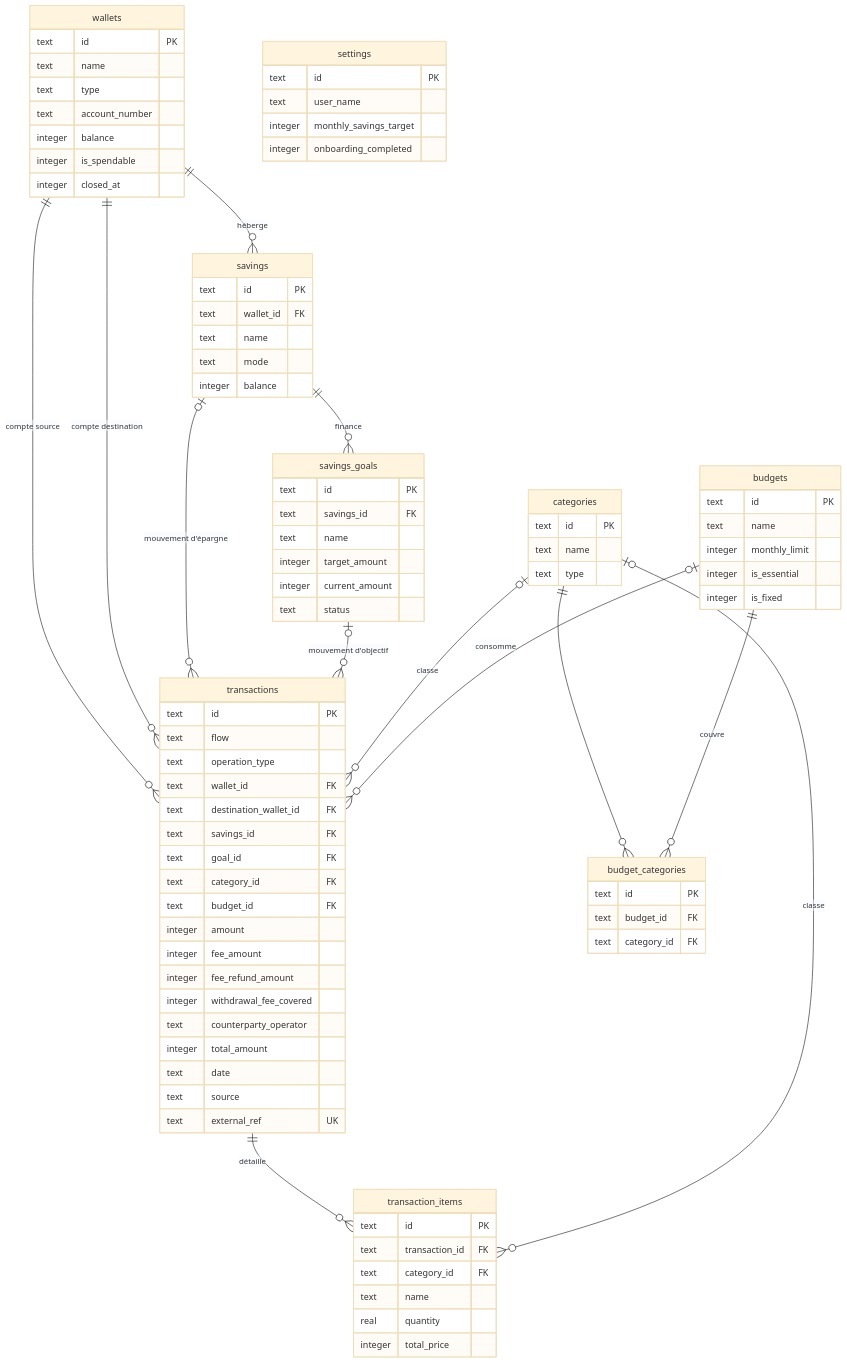
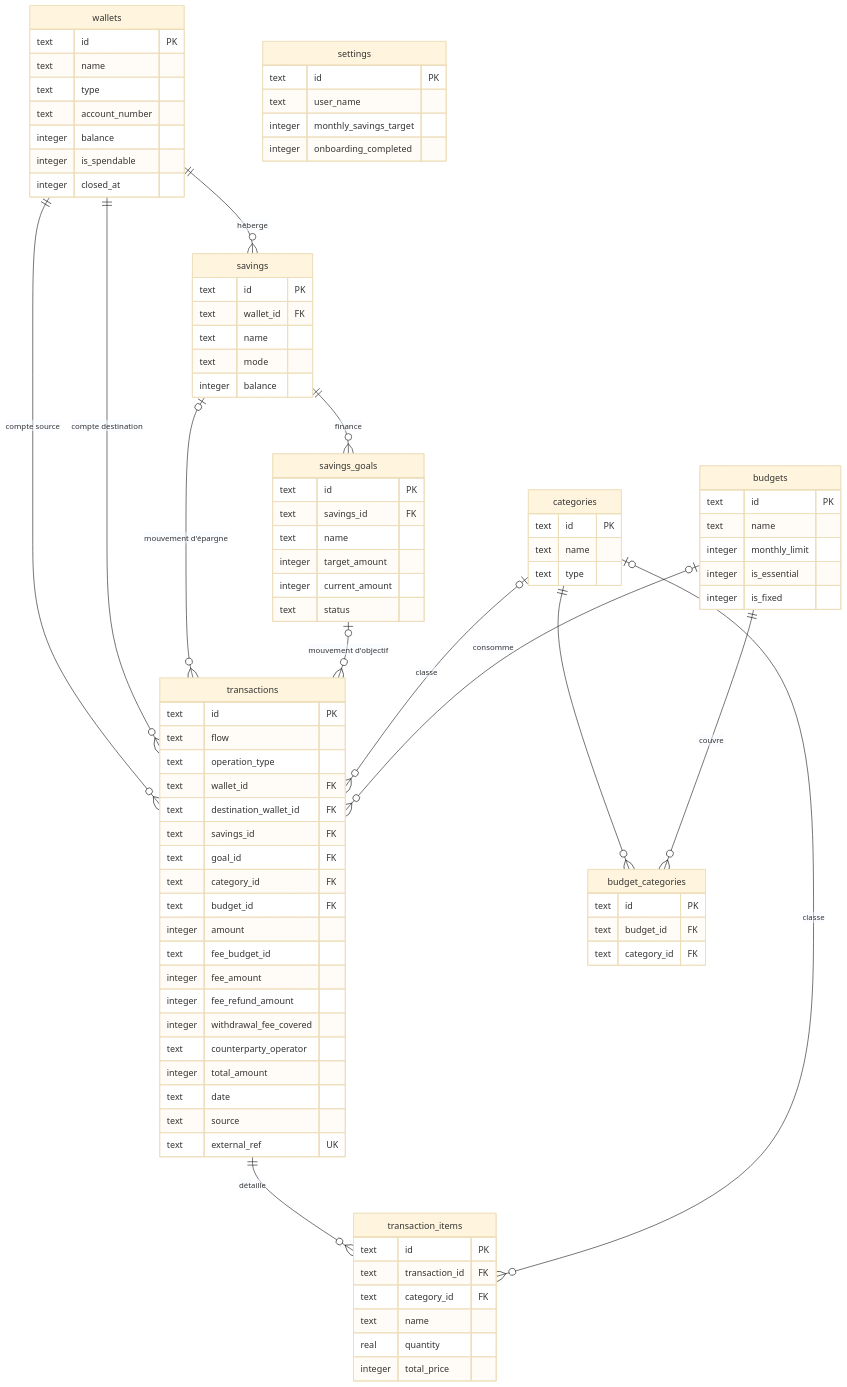
One commit to krishna2206/finance-app changed the diagram in docs/DATA_MODEL.md. Above: the diagram before and after it, drawn with Mermaid (base theme). The commit also changed other lines of this file and 13 other files, not shown here.

```diff
--- a/docs/DATA_MODEL.md
+++ b/docs/DATA_MODEL.md
@@ -80,6 +80,7 @@
         text category_id FK
         text budget_id FK
         integer amount
+        text fee_budget_id
         integer fee_amount
         integer fee_refund_amount
         integer withdrawal_fee_covered
```
